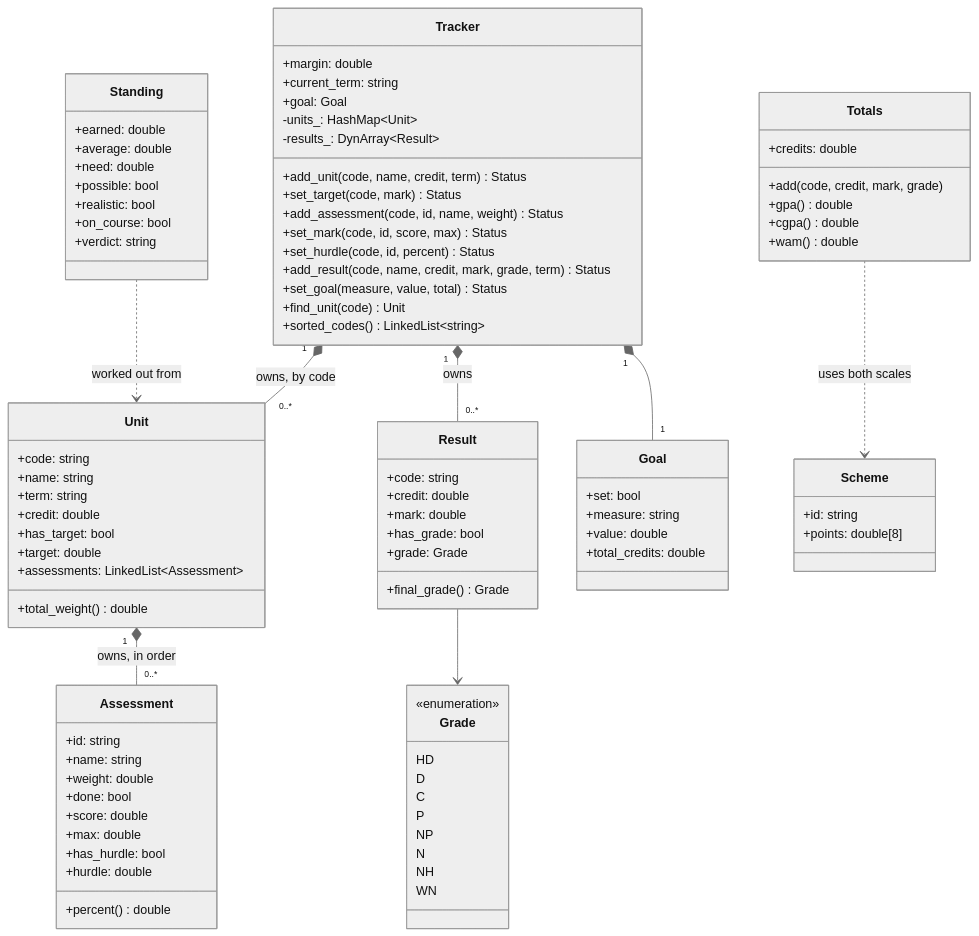
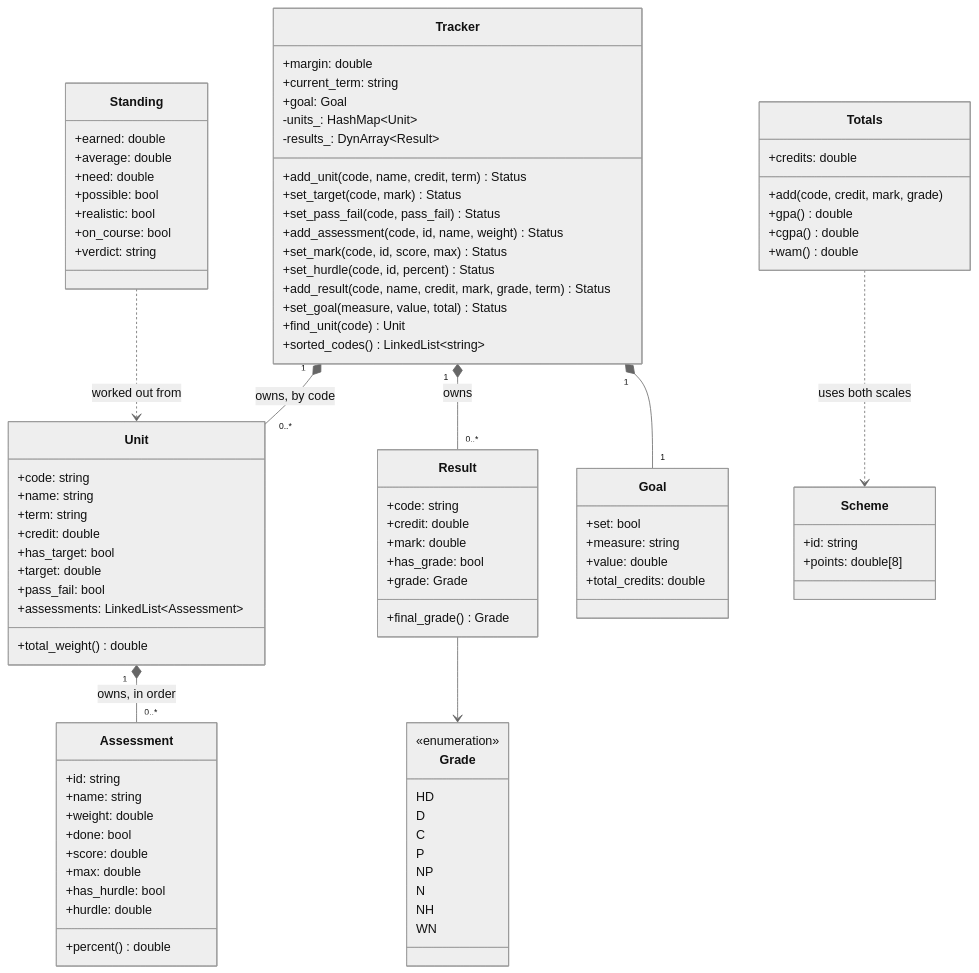
The first of 7 diagrams in docs/02-design/uml.md (sih2006/Everything-A-Monash-Malaysia-Student-Would-Need), drawn with Mermaid (neutral theme) before and after one commit. The commit also changed other lines of this file and 30 other files, not shown here.

```diff
--- a/docs/02-design/uml.md
+++ b/docs/02-design/uml.md
@@ -14,6 +14,7 @@
     +goal: Goal
     +add_unit(code, name, credit, term) Status
     +set_target(code, mark) Status
+    +set_pass_fail(code, pass_fail) Status
     +add_assessment(code, id, name, weight) Status
     +set_mark(code, id, score, max) Status
     +set_hurdle(code, id, percent) Status
@@ -31,6 +32,7 @@
     +credit: double
     +has_target: bool
     +target: double
+    +pass_fail: bool
     +assessments: LinkedList~Assessment~
     +total_weight() double
   }
```
